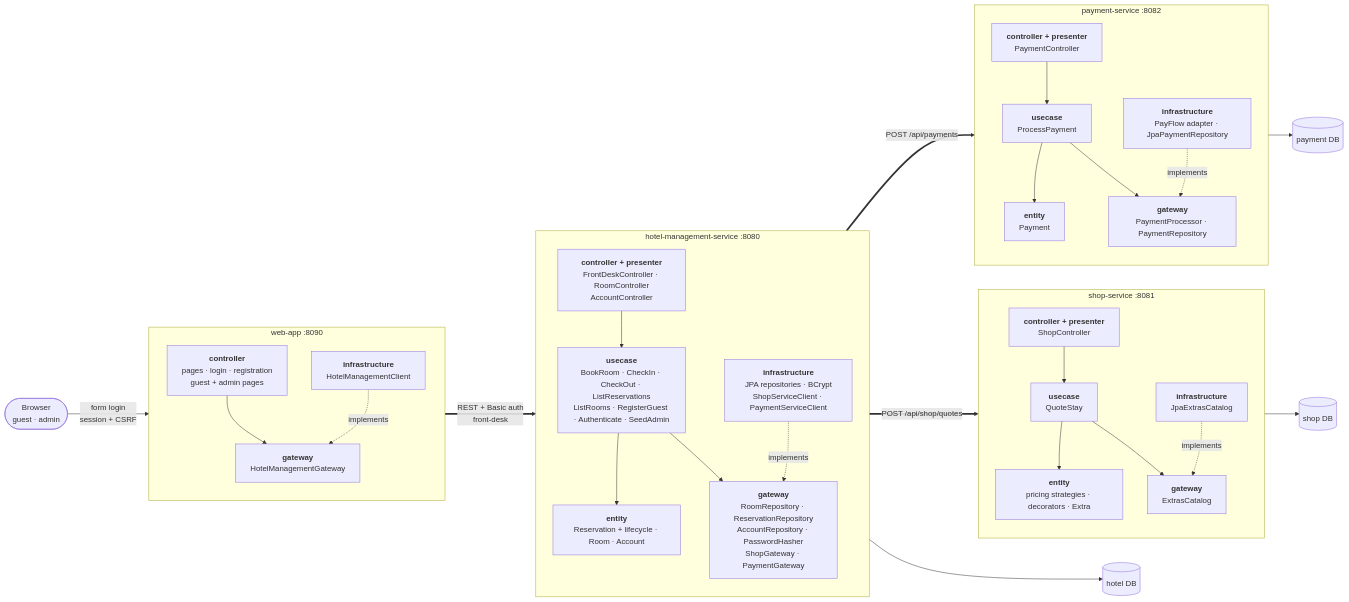
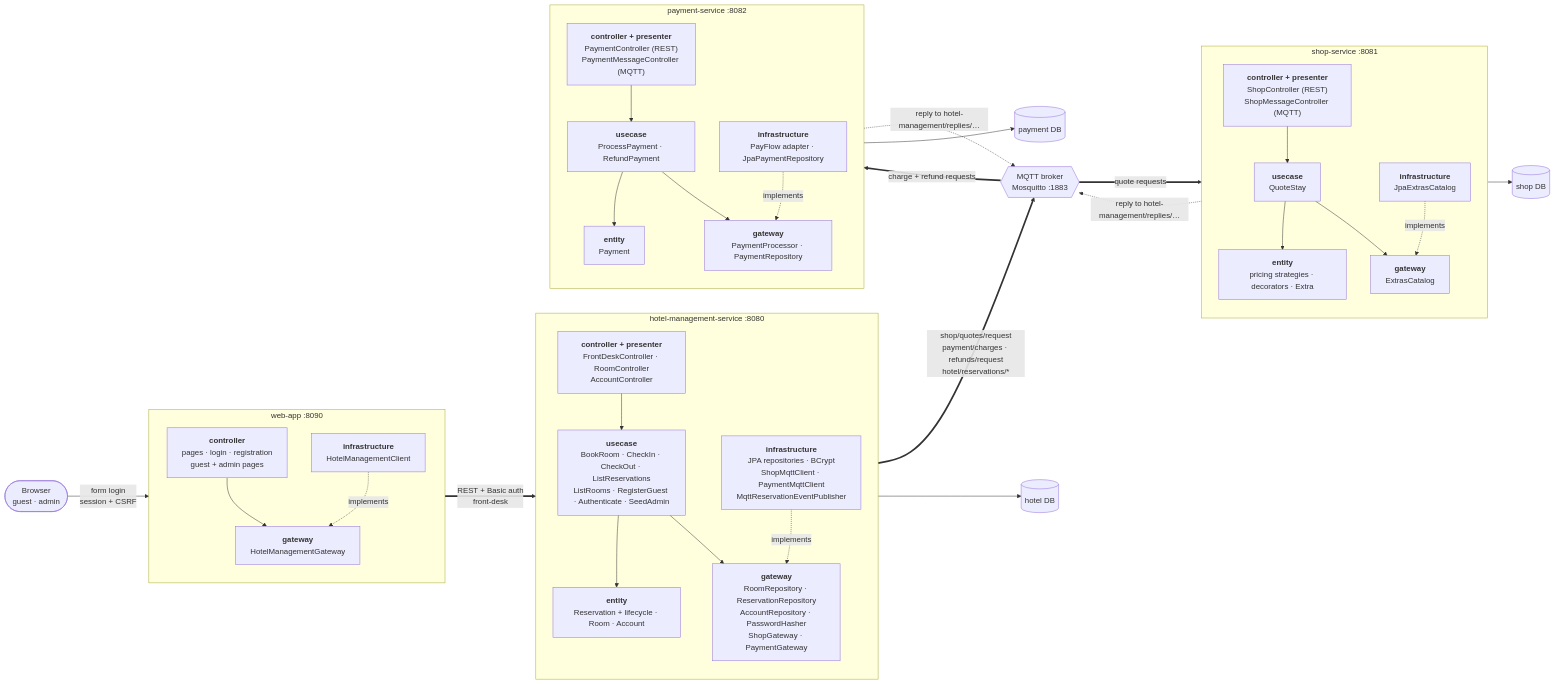
One commit to upb-fils-inter-proj/asd-hotel-reservation-nonaislop changed the second of 4 diagrams in docs/architecture.md. Above: the diagram before and after it, drawn with Mermaid. The commit also changed other lines of this file and 52 other files, not shown here.

First line of the commit message:
Move service-to-service communication to MQTT

````diff
--- a/docs/architecture.md
+++ b/docs/architecture.md
@@ -93,64 +99,68 @@
 ```mermaid
 flowchart LR
     browser(["Browser<br/>guest · admin"])
 
     subgraph WA["web-app :8090"]
         direction TB
         waC["<b>controller</b><br/>pages · login · registration<br/>guest + admin pages"]
         waG["<b>gateway</b><br/>HotelManagementGateway"]
         waI["<b>infrastructure</b><br/>HotelManagementClient"]
         waC --> waG
         waI -. implements .-> waG
     end
 
     subgraph HM["hotel-management-service :8080"]
         direction TB
         hmC["<b>controller + presenter</b><br/>FrontDeskController · RoomController<br/>AccountController"]
         hmU["<b>usecase</b><br/>BookRoom · CheckIn · CheckOut · ListReservations<br/>ListRooms · RegisterGuest · Authenticate · SeedAdmin"]
         hmE["<b>entity</b><br/>Reservation + lifecycle · Room · Account"]
         hmG["<b>gateway</b><br/>RoomRepository · ReservationRepository<br/>AccountRepository · PasswordHasher<br/>ShopGateway · PaymentGateway"]
-        hmI["<b>infrastructure</b><br/>JPA repositories · BCrypt<br/>ShopServiceClient · PaymentServiceClient"]
+        hmI["<b>infrastructure</b><br/>JPA repositories · BCrypt<br/>ShopMqttClient · PaymentMqttClient<br/>MqttReservationEventPublisher"]
         hmC --> hmU
         hmU --> hmE
         hmU --> hmG
         hmI -. implements .-> hmG
     end
 
     subgraph SH["shop-service :8081"]
         direction TB
-        shC["<b>controller + presenter</b><br/>ShopController"]
+        shC["<b>controller + presenter</b><br/>ShopController (REST)<br/>ShopMessageController (MQTT)"]
         shU["<b>usecase</b><br/>QuoteStay"]
         shE["<b>entity</b><br/>pricing strategies · decorators · Extra"]
         shG["<b>gateway</b><br/>ExtrasCatalog"]
         shI["<b>infrastructure</b><br/>JpaExtrasCatalog"]
         shC --> shU
         shU --> shE
         shU --> shG
         shI -. implements .-> shG
     end
 
     subgraph PA["payment-service :8082"]
         direction TB
-        paC["<b>controller + presenter</b><br/>PaymentController"]
-        paU["<b>usecase</b><br/>ProcessPayment"]
+        paC["<b>controller + presenter</b><br/>PaymentController (REST)<br/>PaymentMessageController (MQTT)"]
+        paU["<b>usecase</b><br/>ProcessPayment · RefundPayment"]
         paE["<b>entity</b><br/>Payment"]
         paG["<b>gateway</b><br/>PaymentProcessor · PaymentRepository"]
         paI["<b>infrastructure</b><br/>PayFlow adapter · JpaPaymentRepository"]
         paC --> paU
         paU --> paE
         paU --> paG
         paI -. implements .-> paG
     end
 
     hdb[("hotel DB")]
     sdb[("shop DB")]
     pdb[("payment DB")]
+    mq{{"MQTT broker<br/>Mosquitto :1883"}}
 
     browser -- "form login<br/>session + CSRF" --> waC
     waI == "REST + Basic auth<br/>front-desk" ==> hmC
-    hmI == "POST /api/shop/quotes" ==> shC
-    hmI == "POST /api/payments" ==> paC
+    hmI == "shop/quotes/request<br/>payment/charges · refunds/request<br/>hotel/reservations/*" ==> mq
+    mq == "quote requests" ==> shC
+    mq == "charge + refund requests" ==> paC
+    shC -. "reply to hotel-management/replies/…" .-> mq
+    paC -. "reply to hotel-management/replies/…" .-> mq
     hmI --> hdb
     shI --> sdb
     paI --> pdb
 ```
````
